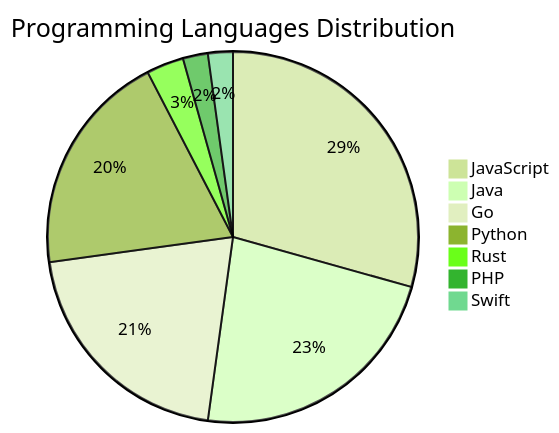
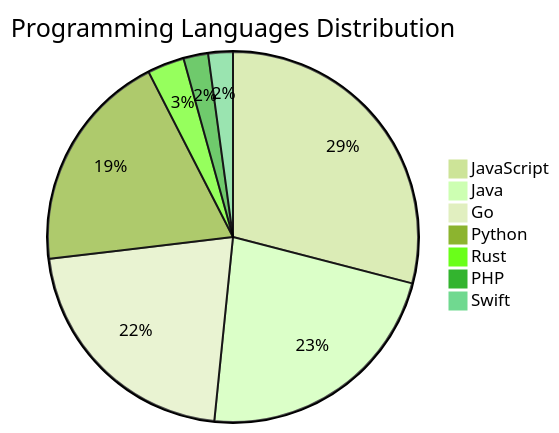
Before and after one commit to Derrick-MUGISHA/github-activity-bot: the diagram in README.md, drawn with Mermaid (forest theme). The commit also changed other lines of this file and 3 other files, not shown here.

````diff
--- a/README.md
+++ b/README.md
@@ -73,10 +73,10 @@
 ```mermaid
 pie title Programming Languages Distribution
     "JavaScript" : 27
     "Java" : 21
-    "Go" : 19
+    "Go" : 20
     "Python" : 18
     "Rust" : 3
     "PHP" : 2
     "Swift" : 2
 ```
````
